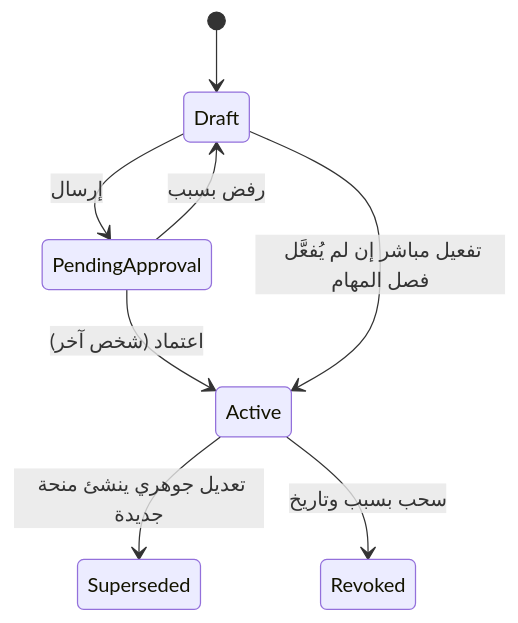
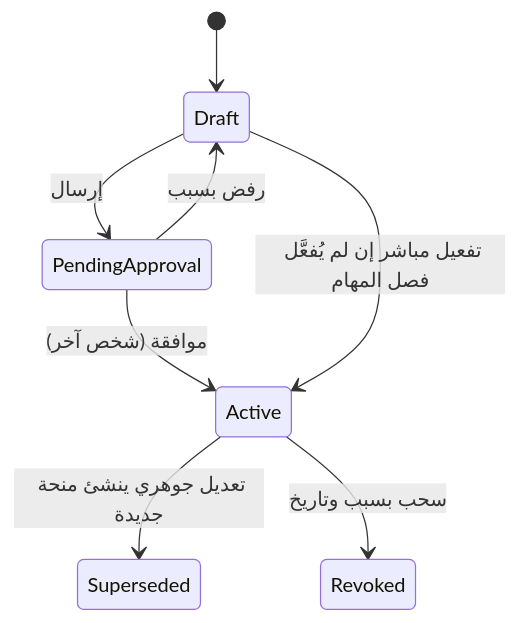
One commit to thawrasy/smartlines changed the sixth of 6 diagrams in treasury-platform/docs/10-detailed-analysis/10-m0-m1-platform-organization.md. Above: the diagram before and after it, drawn with Mermaid. The commit also changed other lines of this file and 7 other files, not shown here.

````diff
--- a/treasury-platform/docs/10-detailed-analysis/10-m0-m1-platform-organization.md
+++ b/treasury-platform/docs/10-detailed-analysis/10-m0-m1-platform-organization.md
@@ -459,10 +465,10 @@
 ```mermaid
 stateDiagram-v2
   [*] --> Draft
   Draft --> PendingApproval : إرسال
   PendingApproval --> Draft : رفض بسبب
-  PendingApproval --> Active : اعتماد (شخص آخر)
+  PendingApproval --> Active : موافقة (شخص آخر)
   Draft --> Active : تفعيل مباشر إن لم يُفعَّل فصل المهام
   Active --> Superseded : تعديل جوهري ينشئ منحة جديدة
   Active --> Revoked : سحب بسبب وتاريخ
 ```
````
